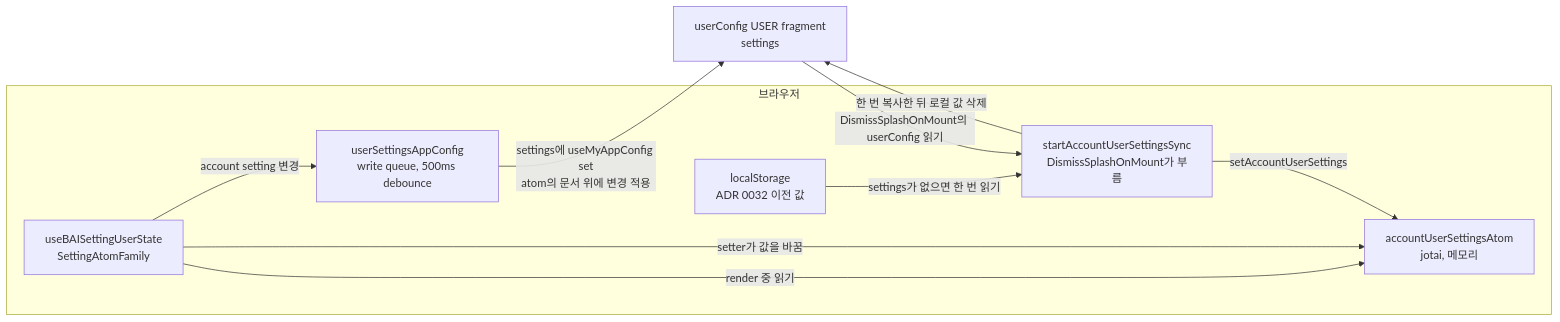
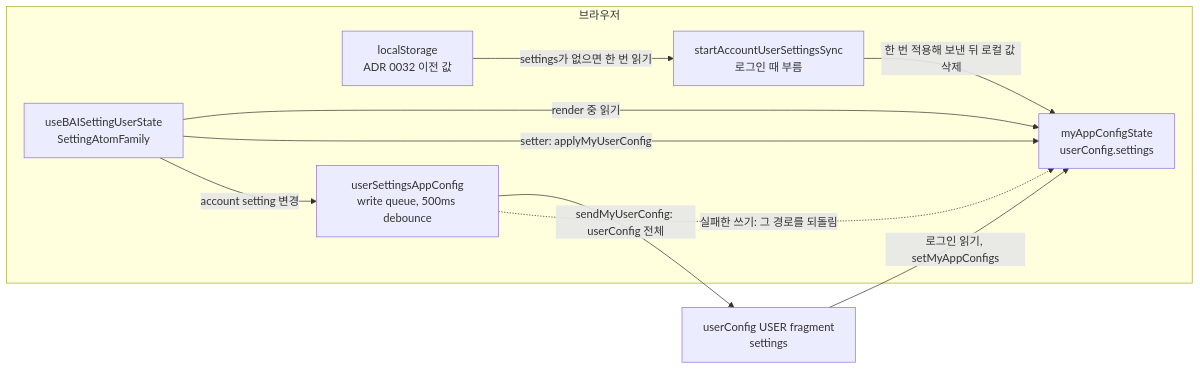
Before and after one commit to lablup/backend.ai-webui: the diagram in docs/adr/0032-personal-settings-in-the-user-app-config.ko.md, drawn with Mermaid. The commit also changed other lines of this file and 9 other files, not shown here.

First line of the commit message:
refactor(#10435): read the account settings straight from myAppConfigState

````diff
--- a/docs/adr/0032-personal-settings-in-the-user-app-config.ko.md
+++ b/docs/adr/0032-personal-settings-in-the-user-app-config.ko.md
@@ -24,19 +24,19 @@
 ```mermaid
 flowchart LR
   subgraph browser["브라우저"]
     hook["useBAISettingUserState<br/>SettingAtomFamily"]
-    memory["accountUserSettingsAtom<br/>jotai, 메모리"]
+    atom["myAppConfigState<br/>userConfig.settings"]
     legacy["localStorage<br/>ADR 0032 이전 값"]
     queue["userSettingsAppConfig<br/>write queue, 500ms debounce"]
-    sync["startAccountUserSettingsSync<br/>DismissSplashOnMount가 부름"]
+    sync["startAccountUserSettingsSync<br/>로그인 때 부름"]
   end
   user["userConfig USER fragment<br/>settings"]
-  hook -- "render 중 읽기" --> memory
-  hook -- "setter가 값을 바꿈" --> memory
+  user -- "로그인 읽기, setMyAppConfigs" --> atom
+  hook -- "render 중 읽기" --> atom
+  hook -- "setter: applyMyUserConfig" --> atom
   hook -- "account setting 변경" --> queue
-  queue -- "settings에 useMyAppConfig set<br/>atom의 문서 위에 변경 적용" --> user
-  user -- "DismissSplashOnMount의 userConfig 읽기" --> sync
-  sync -- "setAccountUserSettings" --> memory
+  queue -- "sendMyUserConfig: userConfig 전체" --> user
+  queue -. "실패한 쓰기: 그 경로를 되돌림" .-> atom
   legacy -- "settings가 없으면 한 번 읽기" --> sync
-  sync -- "한 번 복사한 뒤 로컬 값 삭제" --> user
+  sync -- "한 번 적용해 보낸 뒤 로컬 값 삭제" --> atom
 ```
````
